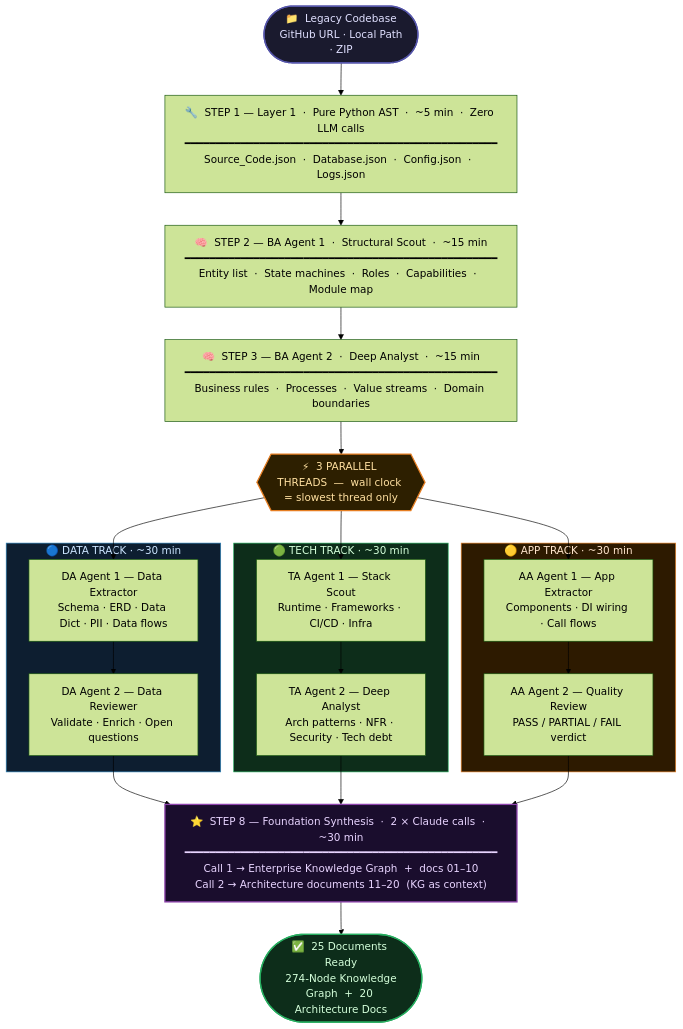
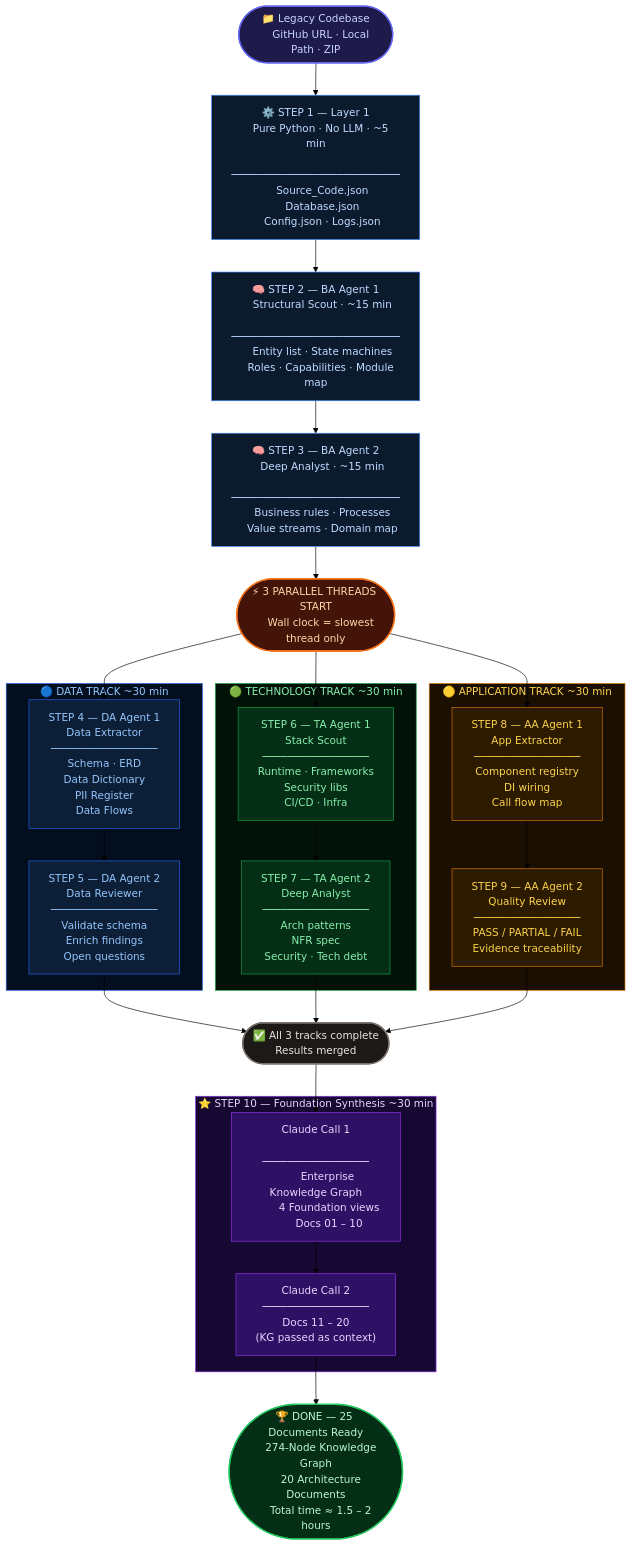
Before and after one commit to jayaprakash2207/standard---eShopOnWeb-ForwardEngineering: the first of 3 diagrams in README.md, drawn with Mermaid (forest theme).

Commit message:
README: redesign pipeline flow diagram — clean nodes, colour-coded tracks, proper labels

````diff
--- a/README.md
+++ b/README.md
@@ -69,51 +69,136 @@
 ```mermaid
 flowchart TD
-    INPUT([" 📁  Legacy Codebase\n GitHub URL · Local Path · ZIP "])
-    INPUT --> L1
+    INPUT(["📁 Legacy Codebase
+    GitHub URL · Local Path · ZIP"])
 
-    L1["🔧  STEP 1 — Layer 1  ·  Pure Python AST  ·  ~5 min  ·  Zero LLM calls\n━━━━━━━━━━━━━━━━━━━━━━━━━━━━━━━━━━━━━━━━━━━━━━━━━━\nSource_Code.json  ·  Database.json  ·  Config.json  ·  Logs.json"]
-    L1 --> BA1
+    INPUT --> S1
 
-    BA1["🧠  STEP 2 — BA Agent 1  ·  Structural Scout  ·  ~15 min\n━━━━━━━━━━━━━━━━━━━━━━━━━━━━━━━━━━━━━━━━━━━━━━━━━━\nEntity list  ·  State machines  ·  Roles  ·  Capabilities  ·  Module map"]
-    BA1 --> BA2
+    S1["⚙️ STEP 1 — Layer 1
+    Pure Python · No LLM · ~5 min
+    ───────────────────────────
+    Source_Code.json
+    Database.json
+    Config.json · Logs.json"]
 
-    BA2["🧠  STEP 3 — BA Agent 2  ·  Deep Analyst  ·  ~15 min\n━━━━━━━━━━━━━━━━━━━━━━━━━━━━━━━━━━━━━━━━━━━━━━━━━━\nBusiness rules  ·  Processes  ·  Value streams  ·  Domain boundaries"]
-    BA2 --> SPLIT
+    S1 --> S2
 
-    SPLIT{{"⚡  3 PARALLEL THREADS  —  wall clock = slowest thread only"}}
-    SPLIT --> DA1
-    SPLIT --> TA1
-    SPLIT --> AA1
+    S2["🧠 STEP 2 — BA Agent 1
+    Structural Scout · ~15 min
+    ───────────────────────────
+    Entity list · State machines
+    Roles · Capabilities · Module map"]
 
-    subgraph DATATRACK ["🔵  DATA TRACK  ·  ~30 min"]
-        DA1["DA Agent 1 — Data Extractor\nSchema · ERD · Data Dict · PII · Data flows"]
-        DA1 --> DA2["DA Agent 2 — Data Reviewer\nValidate · Enrich · Open questions"]
+    S2 --> S3
+
+    S3["🧠 STEP 3 — BA Agent 2
+    Deep Analyst · ~15 min
+    ───────────────────────────
+    Business rules · Processes
+    Value streams · Domain map"]
+
+    S3 --> PAR
+
+    PAR(["⚡ 3 PARALLEL THREADS START
+    Wall clock = slowest thread only"])
+
+    PAR --> DA1
+    PAR --> TA1
+    PAR --> AA1
+
+    subgraph DATA ["🔵 DATA TRACK  ~30 min"]
+        DA1["STEP 4 — DA Agent 1
+        Data Extractor
+        ─────────────────
+        Schema · ERD
+        Data Dictionary
+        PII Register
+        Data Flows"]
+        DA1 --> DA2["STEP 5 — DA Agent 2
+        Data Reviewer
+        ─────────────────
+        Validate schema
+        Enrich findings
+        Open questions"]
     end
 
-    subgraph TECHTRACK ["🟢  TECH TRACK  ·  ~30 min"]
-        TA1["TA Agent 1 — Stack Scout\nRuntime · Frameworks · CI/CD · Infra"]
-        TA1 --> TA2["TA Agent 2 — Deep Analyst\nArch patterns · NFR · Security · Tech debt"]
+    subgraph TECH ["🟢 TECHNOLOGY TRACK  ~30 min"]
+        TA1["STEP 6 — TA Agent 1
+        Stack Scout
+        ─────────────────
+        Runtime · Frameworks
+        Security libs
+        CI/CD · Infra"]
+        TA1 --> TA2["STEP 7 — TA Agent 2
+        Deep Analyst
+        ─────────────────
+        Arch patterns
+        NFR spec
+        Security · Tech debt"]
     end
 
-    subgraph APPTRACK ["🟡  APP TRACK  ·  ~30 min"]
-        AA1["AA Agent 1 — App Extractor\nComponents · DI wiring · Call flows"]
-        AA1 --> AA2["AA Agent 2 — Quality Review\nPASS / PARTIAL / FAIL verdict"]
+    subgraph APP ["🟡 APPLICATION TRACK  ~30 min"]
+        AA1["STEP 8 — AA Agent 1
+        App Extractor
+        ─────────────────
+        Component registry
+        DI wiring
+        Call flow map"]
+        AA1 --> AA2["STEP 9 — AA Agent 2
+        Quality Review
+        ─────────────────
+        PASS / PARTIAL / FAIL
+        Evidence traceability"]
     end
 
-    DA2 --> FOUND
-    TA2 --> FOUND
-    AA2 --> FOUND
+    DA2 --> MERGE
+    TA2 --> MERGE
+    AA2 --> MERGE
 
-    FOUND["⭐  STEP 8 — Foundation Synthesis  ·  2 × Claude calls  ·  ~30 min\n━━━━━━━━━━━━━━━━━━━━━━━━━━━━━━━━━━━━━━━━━━━━━━━━━━\nCall 1 → Enterprise Knowledge Graph  +  docs 01–10\nCall 2 → Architecture documents 11–20  (KG as context)"]
-    FOUND --> OUTPUT
+    MERGE(["✅ All 3 tracks complete
+    Results merged"])
 
-    OUTPUT([" ✅  25 Documents Ready\n 274-Node Knowledge Graph  +  20 Architecture Docs "])
+    MERGE --> F1
 
-    style INPUT   fill:#1a1a2e,color:#e0e0ff,stroke:#5555aa,stroke-width:2px
-    style OUTPUT  fill:#0d2d1a,color:#d4ffda,stroke:#27ae60,stroke-width:2px
-    style SPLIT   fill:#2d1f00,color:#ffe0a0,stroke:#e67e22,stroke-width:2px
-    style FOUND   fill:#1a0d2d,color:#e8d4ff,stroke:#8e44ad,stroke-width:2px
-    style DATATRACK fill:#0d1e30,color:#cce5ff,stroke:#2980b9
-    style TECHTRACK fill:#0d2d1a,color:#d4ffda,stroke:#27ae60
-    style APPTRACK  fill:#2d1a00,color:#ffe5cc,stroke:#e67e22
+    subgraph FOUND ["⭐ STEP 10 — Foundation Synthesis  ~30 min"]
+        F1["Claude Call 1
+        ─────────────────
+        Enterprise Knowledge Graph
+        4 Foundation views
+        Docs 01 – 10"]
+        F1 --> F2["Claude Call 2
+        ─────────────────
+        Docs 11 – 20
+        (KG passed as context)"]
+    end
+
+    F2 --> OUTPUT
+
+    OUTPUT(["🏆 DONE — 25 Documents Ready
+    274-Node Knowledge Graph
+    20 Architecture Documents
+    Total time ≈ 1.5 – 2 hours"])
+
+    %% Node styles
+    style INPUT  fill:#1e1b4b,color:#c7d2fe,stroke:#6366f1,stroke-width:2px
+    style OUTPUT fill:#052e16,color:#bbf7d0,stroke:#22c55e,stroke-width:2px
+    style PAR    fill:#431407,color:#fed7aa,stroke:#f97316,stroke-width:2px
+    style MERGE  fill:#1c1917,color:#e7e5e4,stroke:#78716c,stroke-width:2px
+
+    style S1  fill:#0c1a2e,color:#bfdbfe,stroke:#3b82f6,stroke-width:1px
+    style S2  fill:#0c1a2e,color:#bfdbfe,stroke:#3b82f6,stroke-width:1px
+    style S3  fill:#0c1a2e,color:#bfdbfe,stroke:#3b82f6,stroke-width:1px
+
+    style DA1 fill:#0d1f36,color:#93c5fd,stroke:#2563eb,stroke-width:1px
+    style DA2 fill:#0d1f36,color:#93c5fd,stroke:#2563eb,stroke-width:1px
+    style TA1 fill:#052e16,color:#86efac,stroke:#16a34a,stroke-width:1px
+    style TA2 fill:#052e16,color:#86efac,stroke:#16a34a,stroke-width:1px
+    style AA1 fill:#2d1b00,color:#fcd34d,stroke:#d97706,stroke-width:1px
+    style AA2 fill:#2d1b00,color:#fcd34d,stroke:#d97706,stroke-width:1px
+    style F1  fill:#2e1065,color:#e9d5ff,stroke:#9333ea,stroke-width:1px
+    style F2  fill:#2e1065,color:#e9d5ff,stroke:#9333ea,stroke-width:1px
+
+    style DATA  fill:#030f1e,color:#93c5fd,stroke:#2563eb
+    style TECH  fill:#021208,color:#86efac,stroke:#16a34a
+    style APP   fill:#1a0f00,color:#fcd34d,stroke:#d97706
+    style FOUND fill:#160733,color:#e9d5ff,stroke:#9333ea
 ```
````
